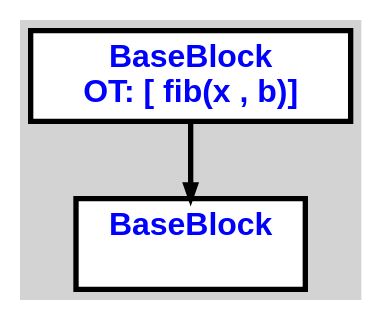
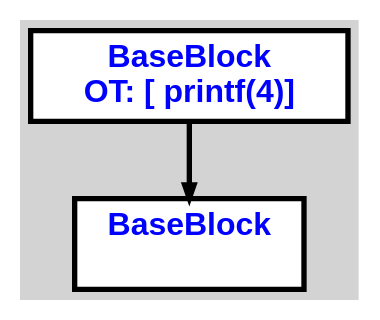
Before and after one commit to aveen007/CountingMonkeys: the diagram in cpoCompilerWin/input2.txt.DoOtherThing.dot, drawn with Graphviz. The commit also changed 19 other files, not shown here.

```diff
--- a/cpoCompilerWin/input2.txt.DoOtherThing.dot
+++ b/cpoCompilerWin/input2.txt.DoOtherThing.dot
@@ -1,11 +1,11 @@
 digraph G {
 ordering=out;
 ranksep=.4;
 bgcolor="lightgrey";  node [shape=box, fixedsize=false, fontsize=12, fontname="Helvetica-bold", fontcolor="blue"
 width=.25, height=.25, color="black", fillcolor="white", style="filled, solid, bold"];
 
-edge [arrowsize=.5, color="black", style="bold"]    n00001287F19A3740 [label="BaseBlock\n OT: [ fib(x , b)]
+edge [arrowsize=.5, color="black", style="bold"]    n0000125074B23680 [label="BaseBlock\n OT: [ printf(4)]
 "]
-    n00001287F19A3800 [label="BaseBlock\n "]
-    n00001287F19A3740 -> n00001287F19A3800
+    n0000125074B236E0 [label="BaseBlock\n "]
+    n0000125074B23680 -> n0000125074B236E0
 }
```
